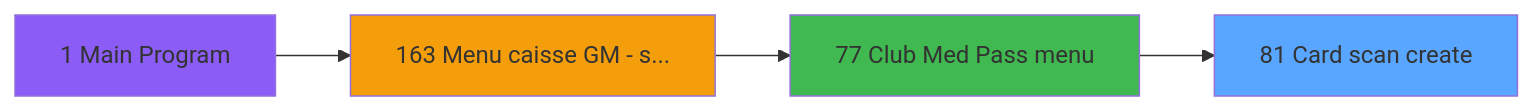
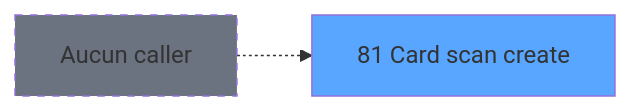
Before and after one commit to thonyAGP/magic-migration: the second of 3 diagrams in .openspec/specs/ADH-IDE-81.md, drawn with Mermaid. The commit also changed other lines of this file and 311 other files, not shown here.

````diff
--- a/.openspec/specs/ADH-IDE-81.md
+++ b/.openspec/specs/ADH-IDE-81.md
@@ -335,14 +194,8 @@
 ```mermaid
 graph LR
     T81[81 Card scan create]
     style T81 fill:#58a6ff
-    CC1[1 Main Program]
-    style CC1 fill:#8b5cf6
-    CC163[163 Menu caisse GM - s...]
-    style CC163 fill:#f59e0b
-    CC77[77 Club Med Pass menu]
-    style CC77 fill:#3fb950
-    CC163 --> CC77
-    CC1 --> CC163
-    CC77 --> T81
+    NONE[Aucun caller]
+    NONE -.-> T81
+    style NONE fill:#6b7280,stroke-dasharray: 5 5
 ```
````
